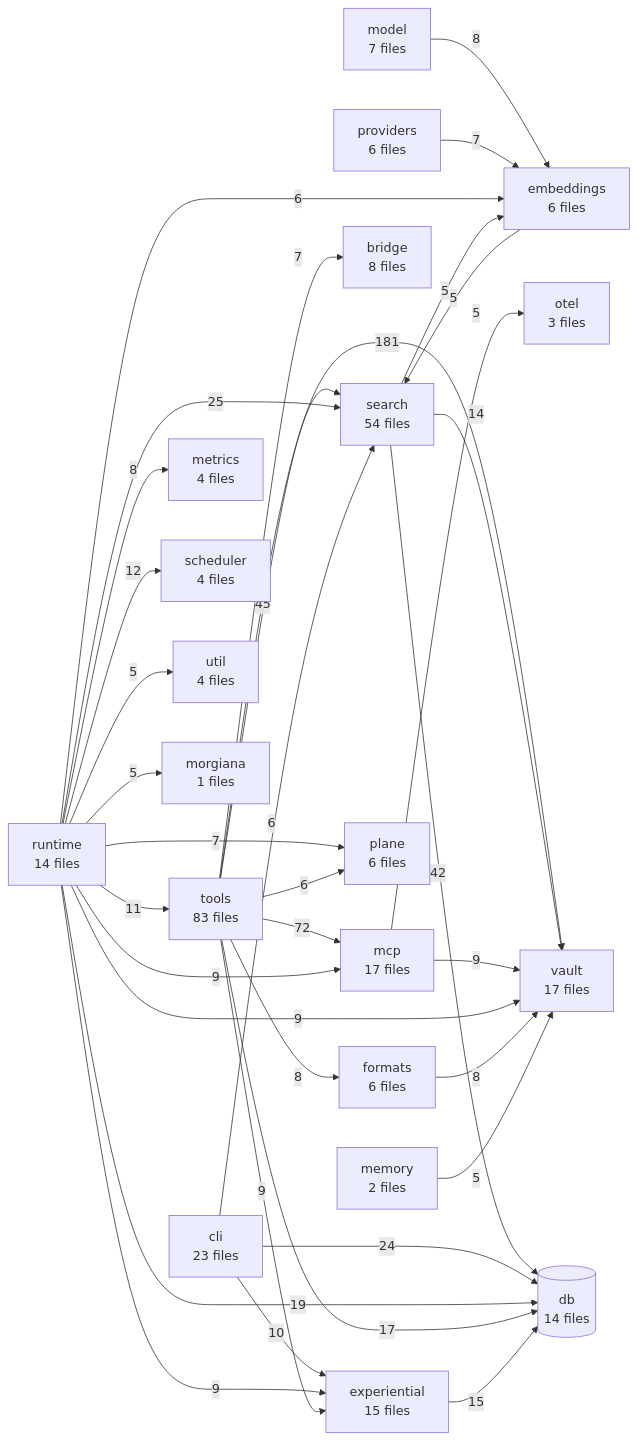
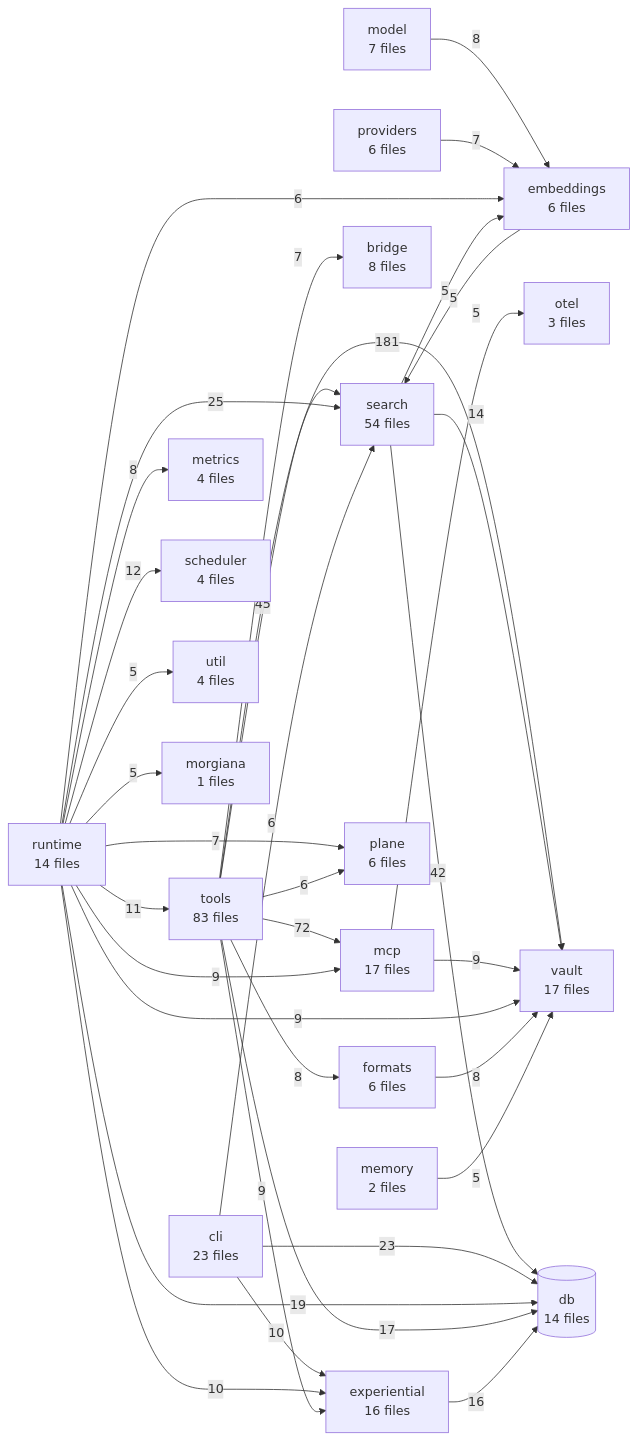
One commit to The-40-Thieves/obsidian-tc changed the diagram in TREE.md. Above: the diagram before and after it, drawn with Mermaid. The commit also changed other lines of this file and 14 other files, not shown here.

````diff
--- a/TREE.md
+++ b/TREE.md
@@ -301,58 +301,58 @@
 ```mermaid
 flowchart LR
   tools[tools<br/>83 files]
   search[search<br/>54 files]
   cli[cli<br/>23 files]
   mcp[mcp<br/>17 files]
   vault[vault<br/>17 files]
-  experiential[experiential<br/>15 files]
+  experiential[experiential<br/>16 files]
   db[(db<br/>14 files)]
   runtime[runtime<br/>14 files]
   bridge[bridge<br/>8 files]
   model[model<br/>7 files]
   embeddings[embeddings<br/>6 files]
   formats[formats<br/>6 files]
   plane[plane<br/>6 files]
   providers[providers<br/>6 files]
   metrics[metrics<br/>4 files]
   scheduler[scheduler<br/>4 files]
   util[util<br/>4 files]
   otel[otel<br/>3 files]
   memory[memory<br/>2 files]
   morgiana[morgiana<br/>1 files]
 
   tools -->|181| vault
   tools -->|72| mcp
   tools -->|45| search
   search -->|42| db
   runtime -->|25| search
-  cli -->|24| db
+  cli -->|23| db
   runtime -->|19| db
   tools -->|17| db
-  experiential -->|15| db
+  experiential -->|16| db
   search -->|14| vault
   runtime -->|12| scheduler
   runtime -->|11| tools
   cli -->|10| experiential
+  runtime -->|10| experiential
   mcp -->|9| vault
-  runtime -->|9| experiential
   runtime -->|9| vault
   runtime -->|9| mcp
   tools -->|9| experiential
   formats -->|8| vault
   model -->|8| embeddings
   runtime -->|8| metrics
   tools -->|8| formats
   providers -->|7| embeddings
   runtime -->|7| plane
   tools -->|7| bridge
   cli -->|6| search
   runtime -->|6| embeddings
   tools -->|6| plane
   embeddings -->|5| search
   mcp -->|5| otel
   memory -->|5| vault
   runtime -->|5| util
   runtime -->|5| morgiana
   search -->|5| embeddings
 ```
````
